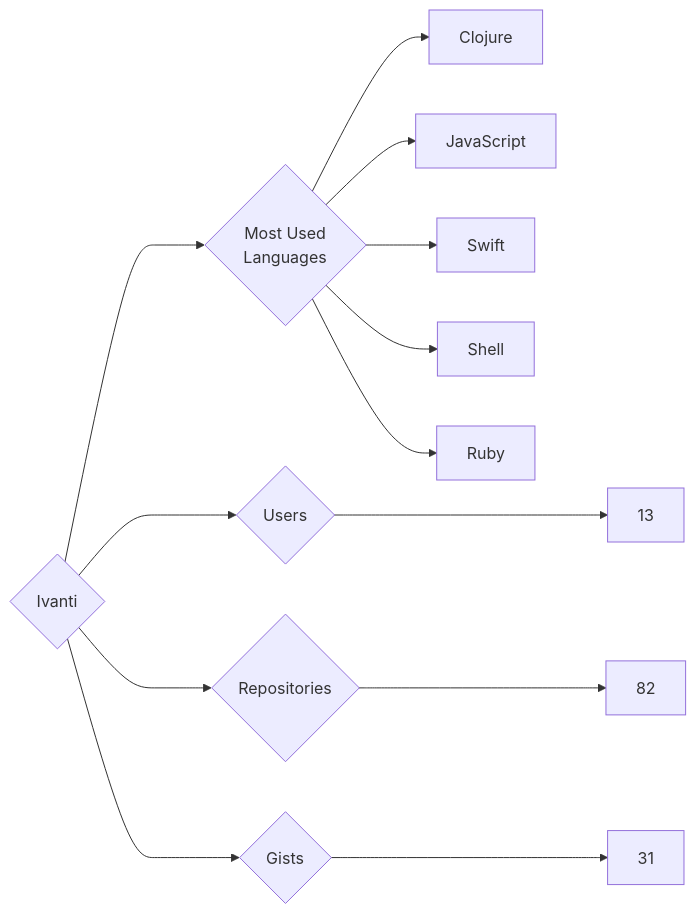
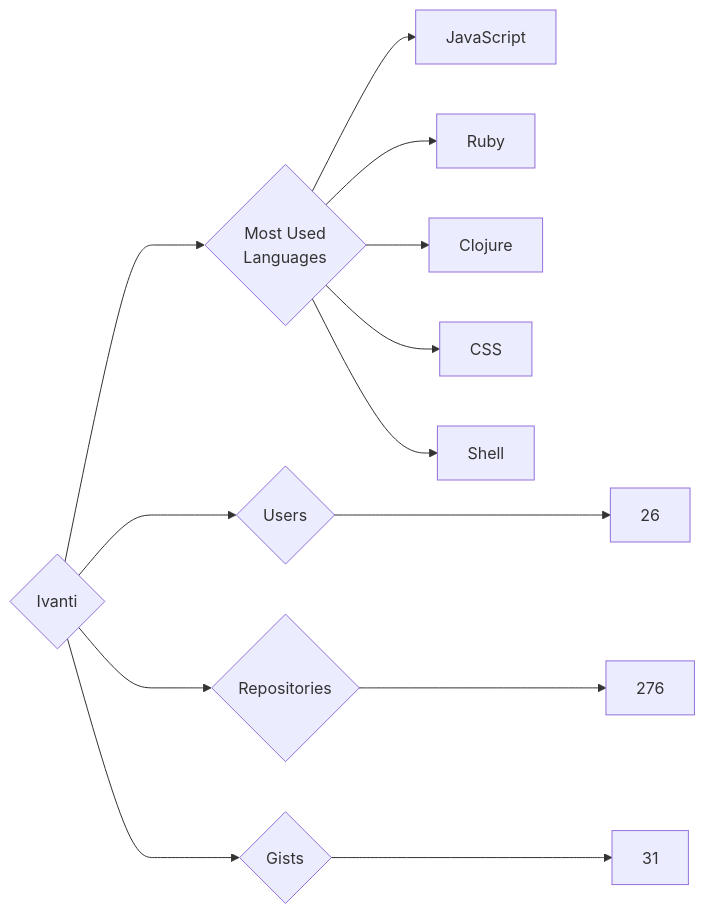
The diagram in targets/Ivanti/README.md (trickest/insiders), drawn with Mermaid before and after one commit. The commit also changed 749 other files, not shown here.

````diff
--- a/targets/Ivanti/README.md
+++ b/targets/Ivanti/README.md
@@ -3,13 +3,13 @@
 ```mermaid
 graph LR
 COMPANY_NAME{Ivanti}
-COMPANY_NAME ---> U{Users} ---> UN[13]
-COMPANY_NAME ---> R{Repositories} ---> RN[82]
+COMPANY_NAME ---> U{Users} ---> UN[26]
+COMPANY_NAME ---> R{Repositories} ---> RN[276]
 COMPANY_NAME ---> G{Gists} ---> GN[31]
 COMPANY_NAME ---> ML{Most Used<br>Languages}
+ML --> JavaScript[JavaScript]
+ML --> Ruby[Ruby]
 ML --> Clojure[Clojure]
-ML --> JavaScript[JavaScript]
-ML --> Swift[Swift]
+ML --> CSS[CSS]
 ML --> Shell[Shell]
-ML --> Ruby[Ruby]
 ```
````
